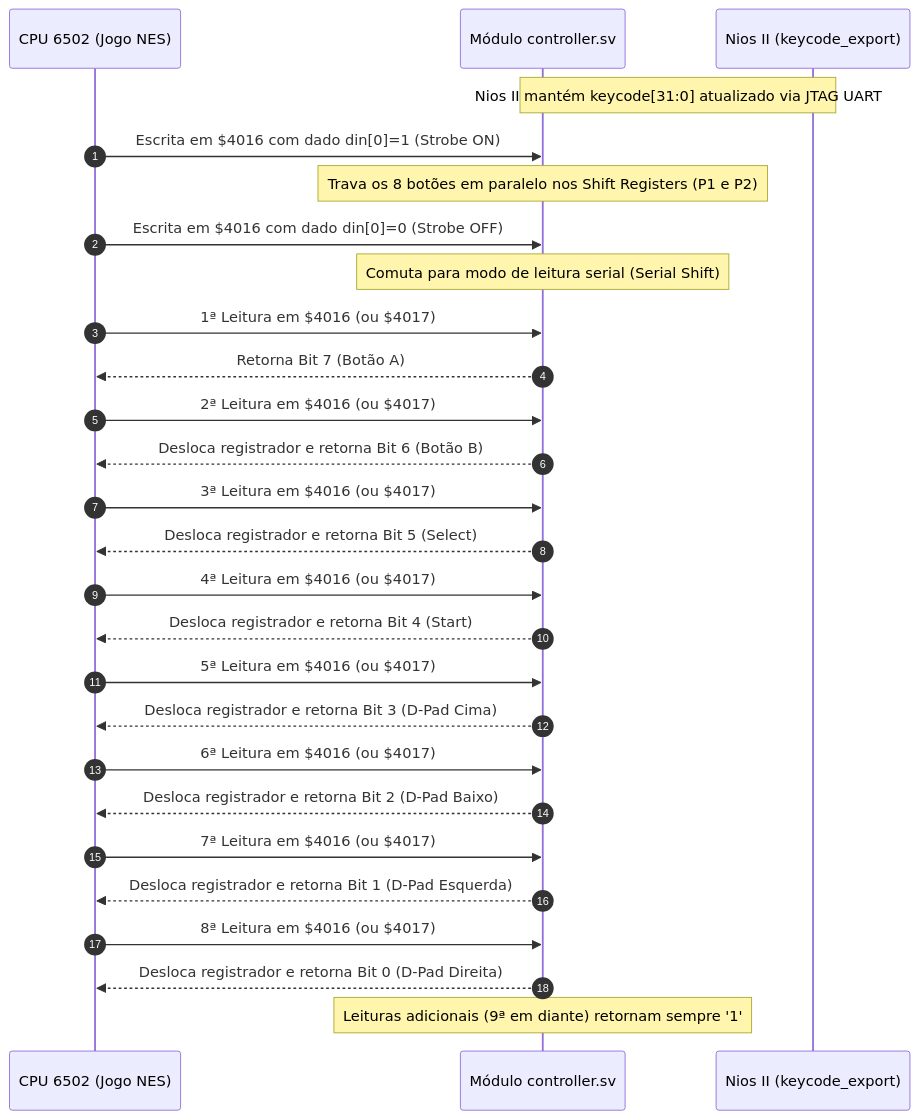
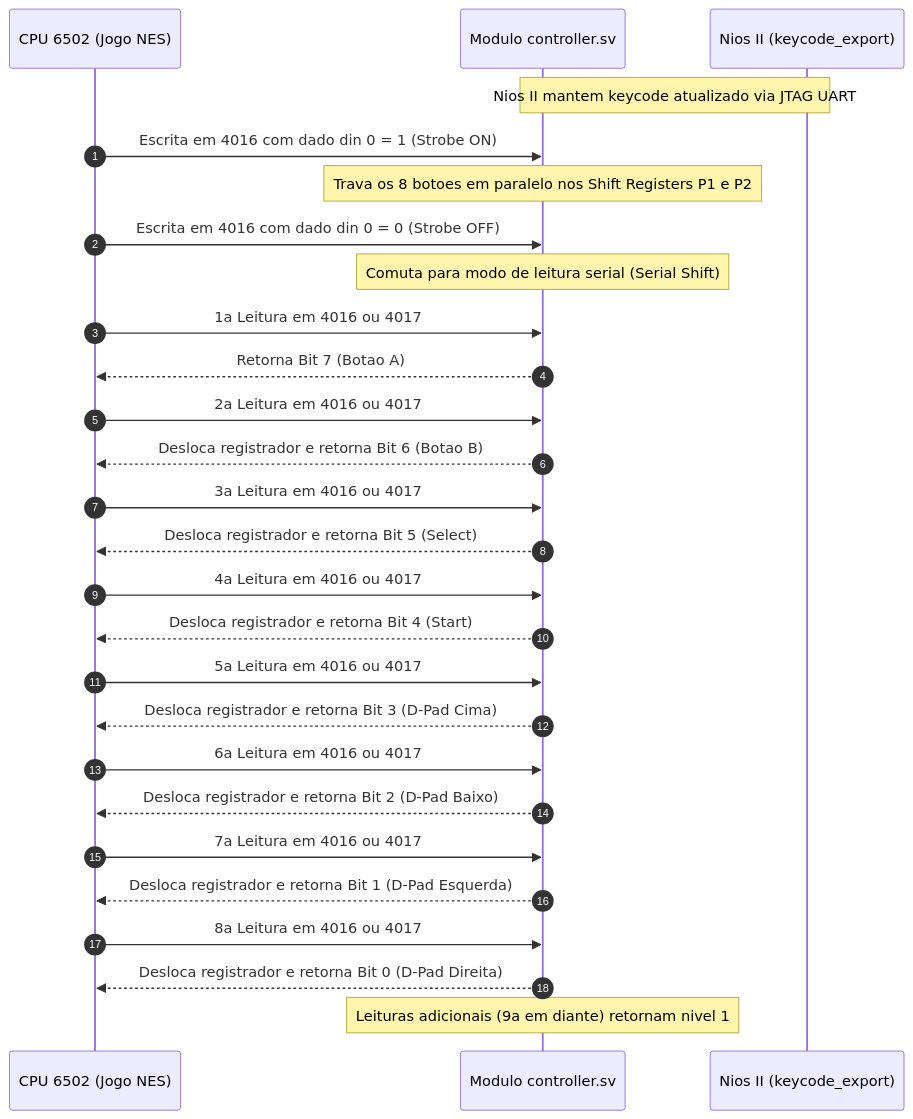
The third of 3 diagrams in README.md (DLeoSchmidt/NES-FPGA), drawn with Mermaid before and after one commit. The commit also changed other lines of this file and 1 other file, not shown here.

Commit message:
docs: corrigir sintaxe dos diagramas Mermaid (aspas em rotulos, remocao de PS errors e layouts limpos)

````diff
--- a/README.md
+++ b/README.md
@@ -191,32 +211,32 @@
 ```mermaid
 sequenceDiagram
     autonumber
     participant CPU as CPU 6502 (Jogo NES)
-    participant CTRL as Módulo controller.sv
+    participant CTRL as Modulo controller.sv
     participant PIO as Nios II (keycode_export)
     
-    Note over PIO,CTRL: Nios II mantém keycode[31:0] atualizado via JTAG UART
-    CPU->>CTRL: Escrita em $4016 com dado din[0]=1 (Strobe ON)
-    Note over CTRL: Trava os 8 botões em paralelo nos Shift Registers (P1 e P2)
-    CPU->>CTRL: Escrita em $4016 com dado din[0]=0 (Strobe OFF)
+    Note over PIO,CTRL: Nios II mantem keycode atualizado via JTAG UART
+    CPU->>CTRL: Escrita em 4016 com dado din 0 = 1 (Strobe ON)
+    Note over CTRL: Trava os 8 botoes em paralelo nos Shift Registers P1 e P2
+    CPU->>CTRL: Escrita em 4016 com dado din 0 = 0 (Strobe OFF)
     Note over CTRL: Comuta para modo de leitura serial (Serial Shift)
     
-    CPU->>CTRL: 1ª Leitura em $4016 (ou $4017)
-    CTRL-->>CPU: Retorna Bit 7 (Botão A)
-    CPU->>CTRL: 2ª Leitura em $4016 (ou $4017)
-    CTRL-->>CPU: Desloca registrador e retorna Bit 6 (Botão B)
-    CPU->>CTRL: 3ª Leitura em $4016 (ou $4017)
+    CPU->>CTRL: 1a Leitura em 4016 ou 4017
+    CTRL-->>CPU: Retorna Bit 7 (Botao A)
+    CPU->>CTRL: 2a Leitura em 4016 ou 4017
+    CTRL-->>CPU: Desloca registrador e retorna Bit 6 (Botao B)
+    CPU->>CTRL: 3a Leitura em 4016 ou 4017
     CTRL-->>CPU: Desloca registrador e retorna Bit 5 (Select)
-    CPU->>CTRL: 4ª Leitura em $4016 (ou $4017)
+    CPU->>CTRL: 4a Leitura em 4016 ou 4017
     CTRL-->>CPU: Desloca registrador e retorna Bit 4 (Start)
-    CPU->>CTRL: 5ª Leitura em $4016 (ou $4017)
+    CPU->>CTRL: 5a Leitura em 4016 ou 4017
     CTRL-->>CPU: Desloca registrador e retorna Bit 3 (D-Pad Cima)
-    CPU->>CTRL: 6ª Leitura em $4016 (ou $4017)
+    CPU->>CTRL: 6a Leitura em 4016 ou 4017
     CTRL-->>CPU: Desloca registrador e retorna Bit 2 (D-Pad Baixo)
-    CPU->>CTRL: 7ª Leitura em $4016 (ou $4017)
+    CPU->>CTRL: 7a Leitura em 4016 ou 4017
     CTRL-->>CPU: Desloca registrador e retorna Bit 1 (D-Pad Esquerda)
-    CPU->>CTRL: 8ª Leitura em $4016 (ou $4017)
+    CPU->>CTRL: 8a Leitura em 4016 ou 4017
     CTRL-->>CPU: Desloca registrador e retorna Bit 0 (D-Pad Direita)
     
-    Note over CTRL: Leituras adicionais (9ª em diante) retornam sempre '1'
+    Note over CTRL: Leituras adicionais (9a em diante) retornam nivel 1
 ```
````
